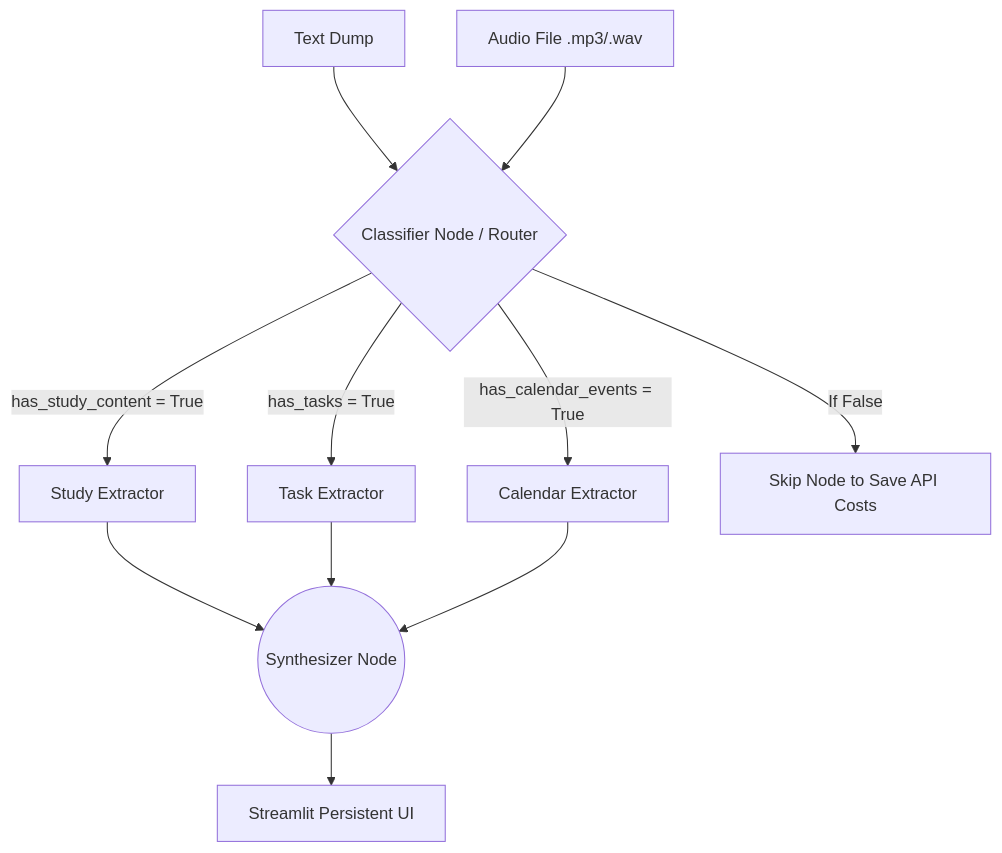
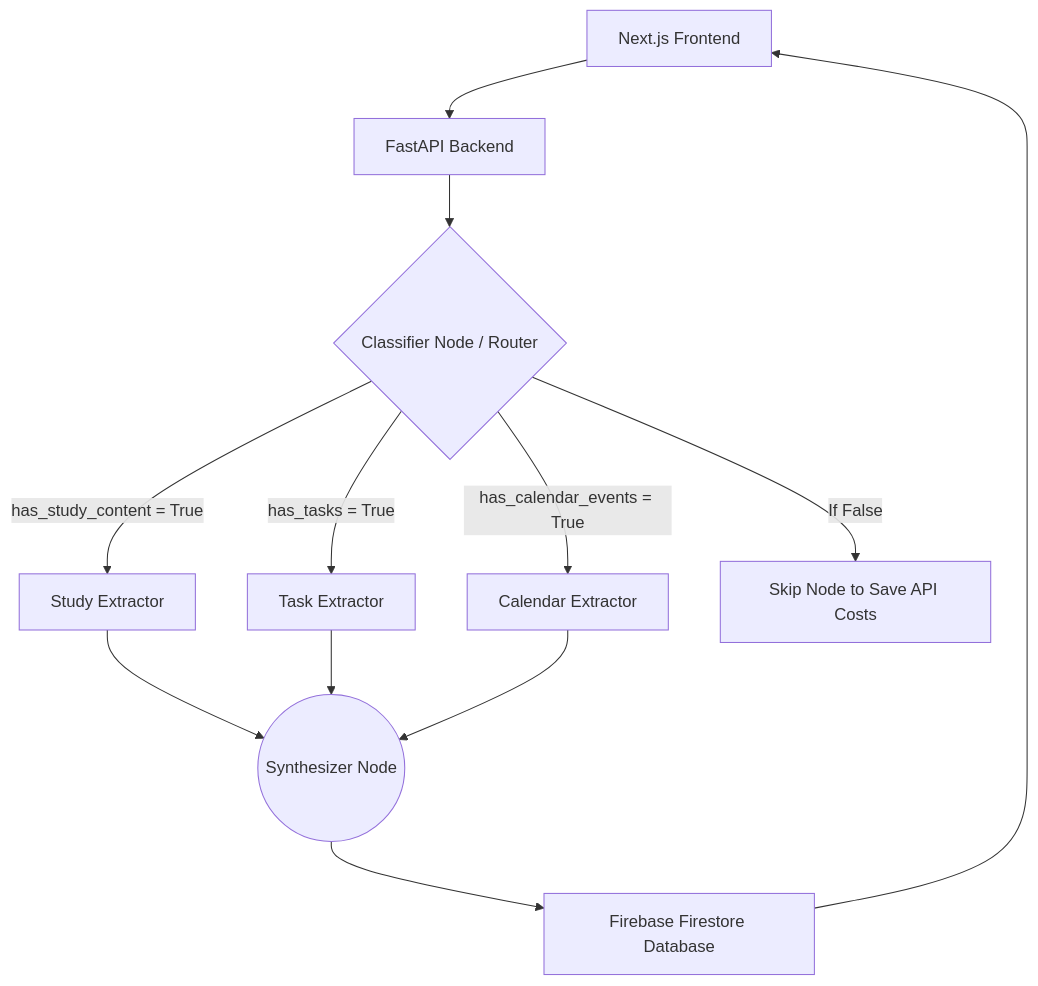
One commit to adi-chan/no-look-note-taker changed the diagram in README.md. Above: the diagram before and after it, drawn with Mermaid. The commit also changed other lines of this file and 1 other file, not shown here.

````diff
--- a/README.md
+++ b/README.md
@@ -26,16 +24,17 @@
 ```mermaid
 graph TD
-    A[Text Dump] --> C{Classifier Node / Router}
-    B[Audio File .mp3/.wav] --> C
+    A[Next.js Frontend] --> B[FastAPI Backend]
+    B --> C{Classifier Node / Router}
     
     C -- has_study_content = True --> D[Study Extractor]
     C -- has_tasks = True --> E[Task Extractor]
     C -- has_calendar_events = True --> F[Calendar Extractor]
     C -- If False --> S[Skip Node to Save API Costs]
     
     D --> G((Synthesizer Node))
     E --> G
     F --> G
     
-    G --> H[Streamlit Persistent UI]
+    G --> H[Firebase Firestore Database]
+    H --> A
 ```
````
